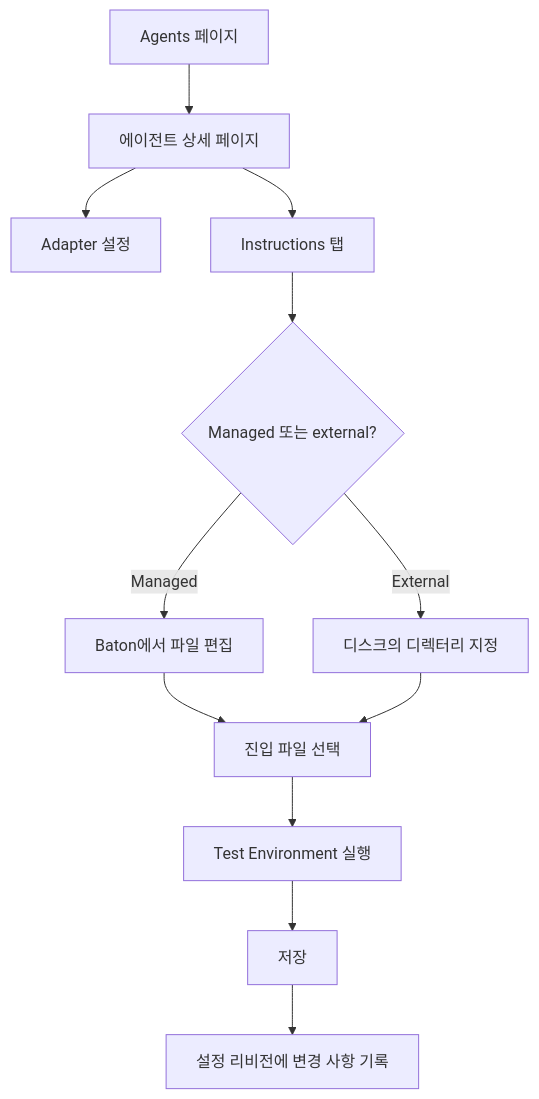
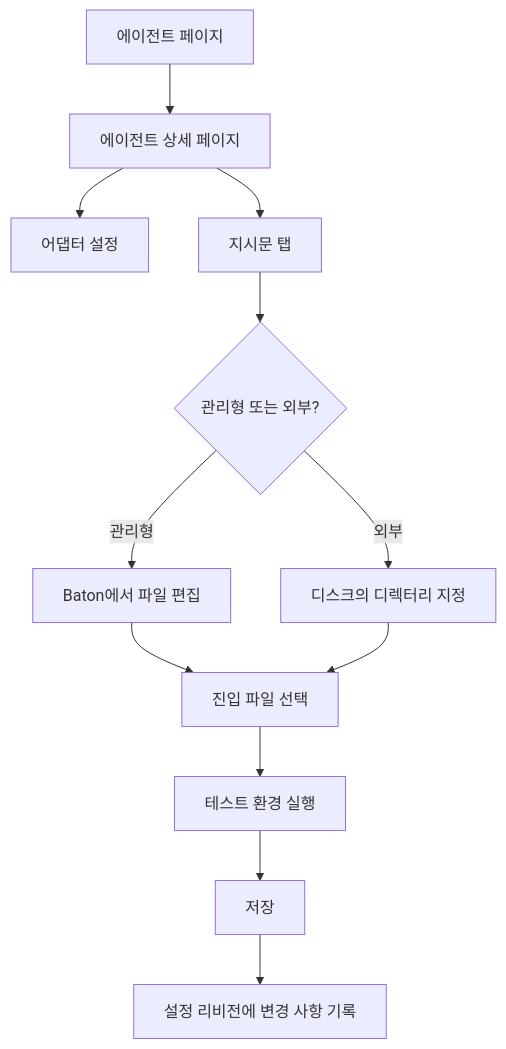
The diagram in docs-site/i18n/ko/docusaurus-plugin-content-docs/current/guides/board-operator/managing-agents.md (atototo/baton), drawn with Mermaid before and after one commit. The commit also changed other lines of this file and 18 other files, not shown here.

````diff
--- a/docs-site/i18n/ko/docusaurus-plugin-content-docs/current/guides/board-operator/managing-agents.md
+++ b/docs-site/i18n/ko/docusaurus-plugin-content-docs/current/guides/board-operator/managing-agents.md
@@ -12,14 +12,14 @@
 ```mermaid
 flowchart TD
-  A["Agents 페이지"] --> B["에이전트 상세 페이지"]
-  B --> C["Adapter 설정"]
-  B --> D["Instructions 탭"]
-  D --> E{"Managed 또는 external?"}
-  E -->|Managed| F["Baton에서 파일 편집"]
-  E -->|External| G["디스크의 디렉터리 지정"]
+  A["에이전트 페이지"] --> B["에이전트 상세 페이지"]
+  B --> C["어댑터 설정"]
+  B --> D["지시문 탭"]
+  D --> E{"관리형 또는 외부?"}
+  E -->|관리형| F["Baton에서 파일 편집"]
+  E -->|외부| G["디스크의 디렉터리 지정"]
   F --> H["진입 파일 선택"]
   G --> H
-  H --> I["Test Environment 실행"]
+  H --> I["테스트 환경 실행"]
   I --> J["저장"]
   J --> K["설정 리비전에 변경 사항 기록"]
 ```
````
